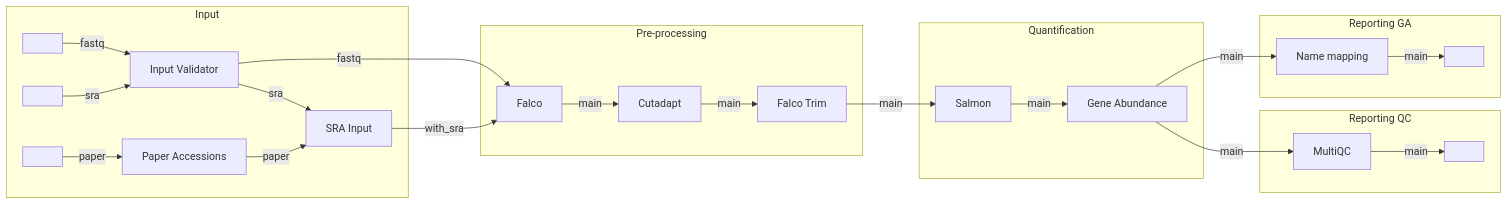
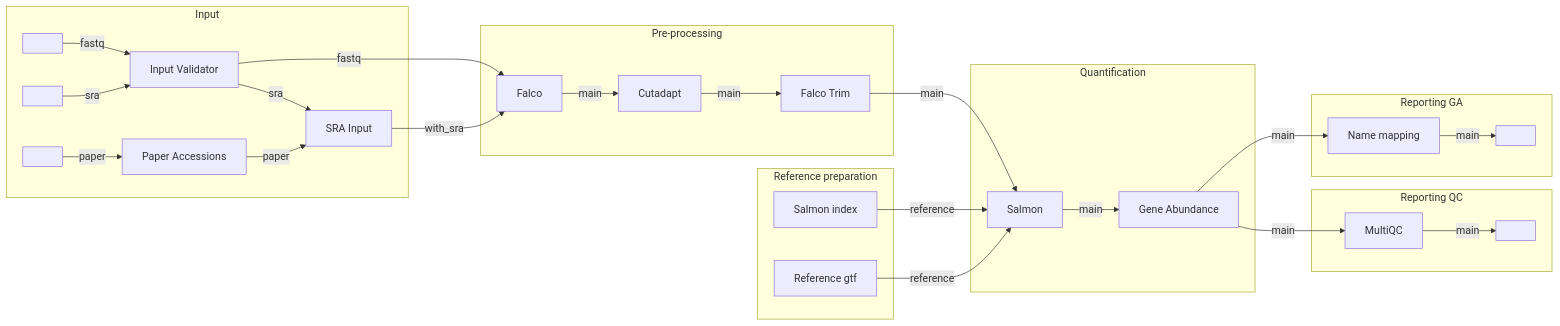
The diagram in assets/pipeline_metro.mmd (C0ldCl0ud/GenAbu), drawn with Mermaid before and after one commit. The commit also changed 1 other file, not shown here.

Commit message:
fix: added reference preparation subgraph in map

```diff
--- a/assets/pipeline_metro.mmd
+++ b/assets/pipeline_metro.mmd
@@ -1,83 +1,97 @@
 %%metro title: GenAbu RNA-seq Analysis Pipeline
 %%metro style: nfcore
 
-%%metro line: fastq | FASTQ input | #a8cff0
-%%metro line: sra | SRA input | #0570b0
-%%metro line: paper | Paper accession | #e69f00
-%%metro line: with_sra | SRA-derived reads | #086008
+%%metro line: fastq | FASTQ input | #a16e02
+%%metro line: sra | SRA input | #df0b0b
+%%metro line: paper | Paper accession | #ffdd00
+%%metro line: with_sra | SRA-derived reads | #fdad00
 %%metro line: main | Analysis workflow | #0ee20e
+%%metro line: reference | Reference input | #0a790a
 
 %%metro files: fastq_input | FASTQ | FASTQ input
 %%metro files: sra_input | SRA | SRA input
 %%metro files: paper_input | Paper | Paper accession
 %%metro files: genabu_table | csv | Gene abundance
 %%metro file: multiqc_report | MultiQC | MultiQC report
+%%metro files: salmon_index | Salmon index | Salmon index
+%%metro files: reference_gtf | GTF | Reference annotation
 
 %%metro off_track: genabu_table
 
 %%metro grid: input | 0,0
 %%metro grid: preprocessing | 1,0
+%%metro grid: reference | 1,1
 %%metro grid: quantification | 2,0
 %%metro grid: reporting | 3,0
 %%metro grid: reporting_genabu | 3,1
 
 graph LR
 
     subgraph input [Input]
 
         fastq_input[ ]
         sra_input[ ]
         paper_input[ ]
 
         validator[Input Validator]
         paper_accessions[Paper Accessions]
         sra[SRA Input]
 
         fastq_input -->|fastq| validator
         sra_input -->|sra| validator
         paper_input -->|paper| paper_accessions
         validator -->|sra| sra
         paper_accessions -->|paper| sra
     end
 
     subgraph preprocessing [Pre-processing]
 
         falco[Falco]
         cutadapt[Cutadapt]
         falco_trim[Falco Trim]
 
         falco -->|main| cutadapt
         cutadapt -->|main| falco_trim
     end
 
     subgraph quantification [Quantification]
 
         salmon[Salmon]
         gene_abundance[Gene Abundance]
 
         salmon -->|main| gene_abundance
+
+    end
+
+    subgraph reference [Reference preparation]
+
+        salmon_index[Salmon index]
+        reference_gtf[Reference gtf]
+
     end
 
     subgraph reporting [Reporting QC]
 
         multiqc[MultiQC]
         multiqc_report[ ]
 
         multiqc -->|main| multiqc_report
 
     end
 
     subgraph reporting_genabu [Reporting GA]
 
         gene_name[Name mapping]
         genabu_table[ ]
 
         gene_name -->|main| genabu_table
 
     end
 
     validator -->|fastq| falco
     sra -->|with_sra| falco
     falco_trim -->|main| salmon
+    salmon_index -->|reference| salmon
+    reference_gtf -->|reference| salmon
     gene_abundance -->|main| multiqc
     gene_abundance -->|main| gene_name
```
